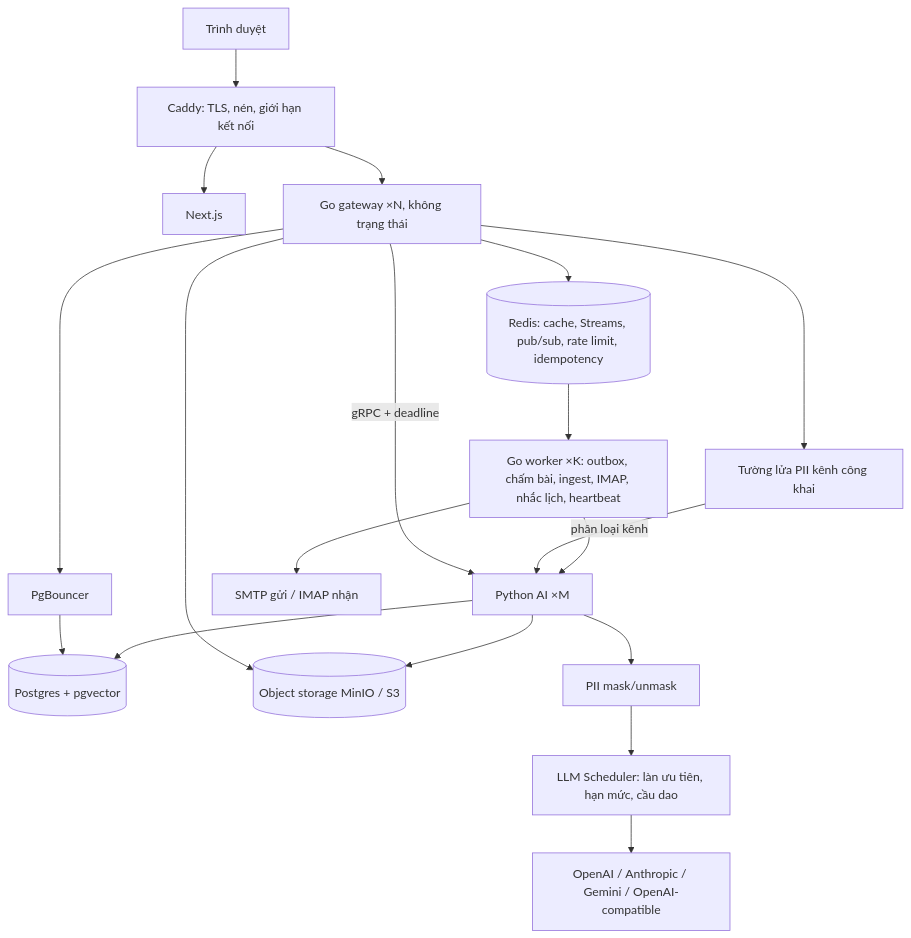
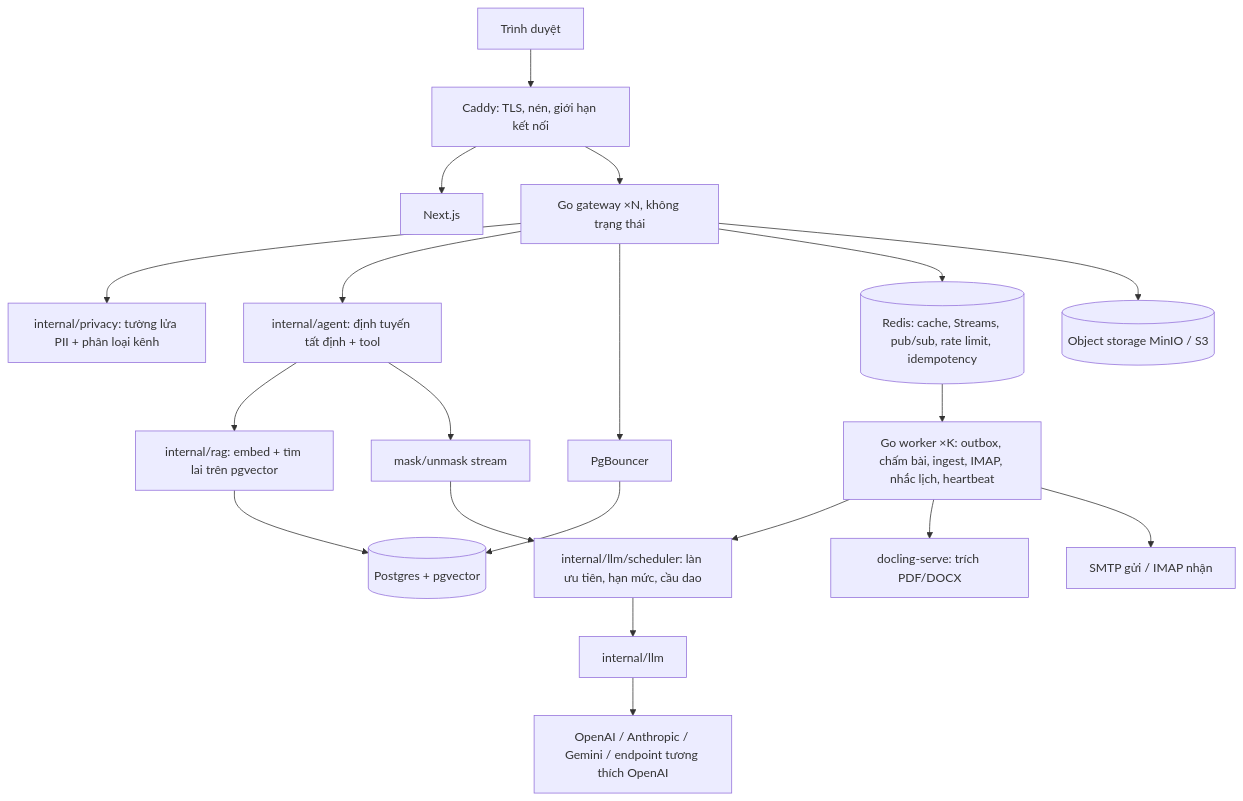
The diagram in docs/ARCHITECTURE.md (kagamikuro1024/TA_Agent), drawn with Mermaid before and after one commit. The commit also changed other lines of this file and 27 other files, not shown here.

````diff
--- a/docs/ARCHITECTURE.md
+++ b/docs/ARCHITECTURE.md
@@ -7,18 +7,18 @@
 ```mermaid
 flowchart TD
   U[Trình duyệt] --> RP[Caddy: TLS, nén, giới hạn kết nối]
   RP --> FE[Next.js]
   RP --> GW[Go gateway ×N, không trạng thái]
-  GW --> FW[Tường lửa PII kênh công khai]
+  GW --> FW[internal/privacy: tường lửa PII + phân loại kênh]
+  GW --> AG[internal/agent: định tuyến tất định + tool]
+  AG --> RAG[internal/rag: embed + tìm lai trên pgvector]
+  AG --> MASK[mask/unmask stream] --> SCH[internal/llm/scheduler: làn ưu tiên, hạn mức, cầu dao] --> LLM[internal/llm] --> EXT[OpenAI / Anthropic / Gemini / endpoint tương thích OpenAI]
   GW --> PGB[PgBouncer] --> PG[(Postgres + pgvector)]
   GW --> RD[(Redis: cache, Streams, pub/sub, rate limit, idempotency)]
   GW --> OS[(Object storage MinIO / S3)]
-  GW -->|gRPC + deadline| AI[Python AI ×M]
-  FW -->|phân loại kênh| AI
-  AI --> MASK[PII mask/unmask] --> SCH[LLM Scheduler: làn ưu tiên, hạn mức, cầu dao] --> EXT[OpenAI / Anthropic / Gemini / OpenAI-compatible]
-  AI --> PG
-  AI --> OS
+  RAG --> PG
   RD --> WK[Go worker ×K: outbox, chấm bài, ingest, IMAP, nhắc lịch, heartbeat]
-  WK --> AI
+  WK --> SCH
+  WK --> DOC[docling-serve: trích PDF/DOCX]
   WK --> MAIL[SMTP gửi / IMAP nhận]
 ```
````
